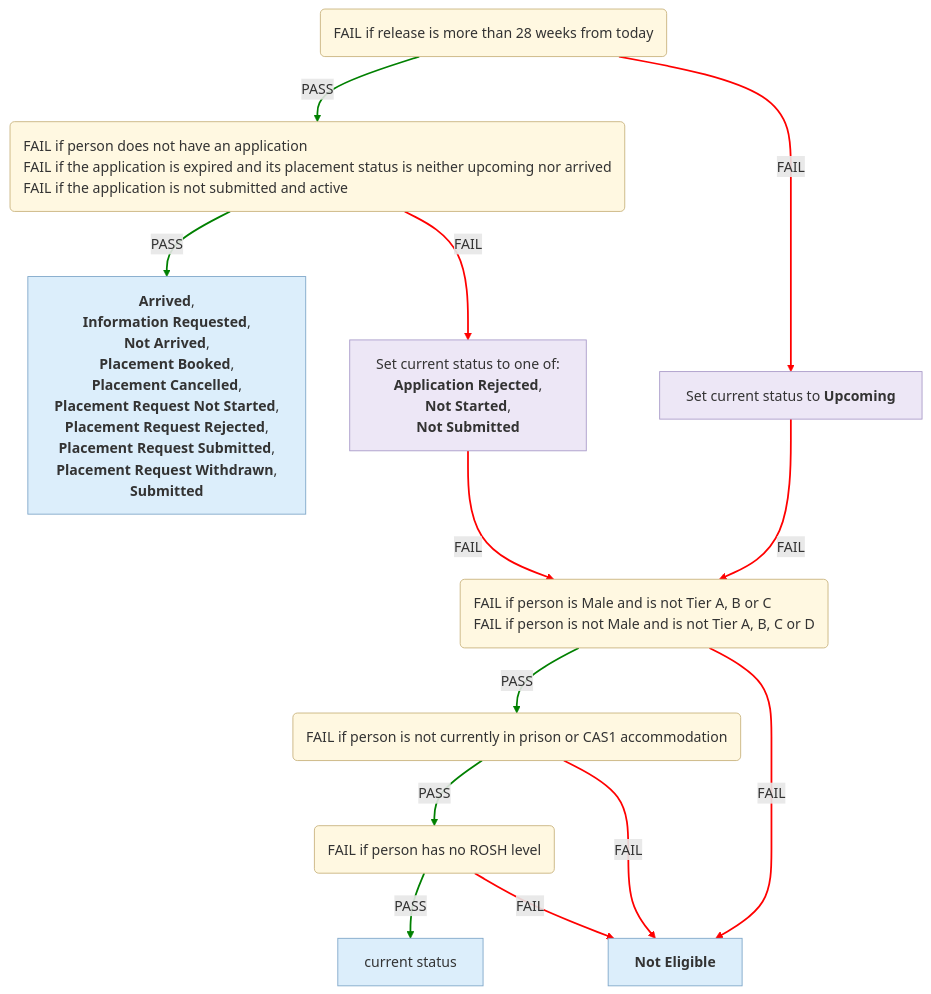
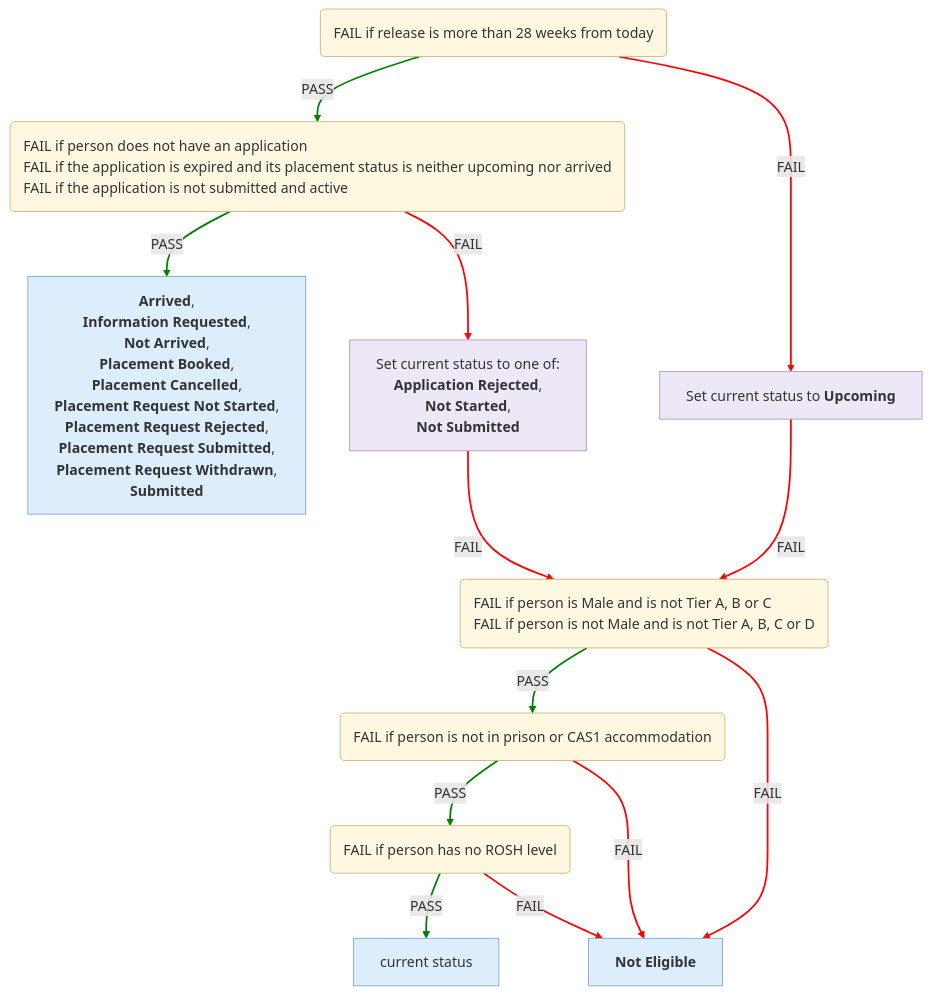
One commit to ministryofjustice/hmpps-single-accommodation-service-api changed the first of 6 diagrams in docs/eligibility-rules-graph.md. Above: the diagram before and after it, drawn with Mermaid. The commit also changed other lines of this file and 3 other files, not shown here.

````diff
--- a/docs/eligibility-rules-graph.md
+++ b/docs/eligibility-rules-graph.md
@@ -9,49 +9,49 @@
 ```mermaid
 %%{init: {"flowchart": {"wrappingWidth": 800}}}%%
 flowchart TD
   Upcoming("<div style='text-align:left'>FAIL if release is more than 28 weeks from today</div>")
   Suitability("<div style='text-align:left'>FAIL if person does not have an application
 FAIL if the application is expired and its placement status is neither upcoming nor arrived
 FAIL if the application is not submitted and active</div>")
   outcome_Cas1CompletionContextUpdater["<b>Arrived</b>,
  <b>Information Requested</b>,
  <b>Not Arrived</b>,
  <b>Placement Booked</b>,
  <b>Placement Cancelled</b>,
  <b>Placement Request Not Started</b>,
  <b>Placement Request Rejected</b>,
  <b>Placement Request Submitted</b>,
  <b>Placement Request Withdrawn</b>,
  <b>Submitted</b>"]
   updater_Cas1SuitabilityContextUpdater["Set current status to one of:
 <b>Application Rejected</b>,
  <b>Not Started</b>,
  <b>Not Submitted</b>"]
   Eligibility_Tier("<div style='text-align:left'>FAIL if person is Male and is not Tier A, B or C
 FAIL if person is not Male and is not Tier A, B, C or D</div>")
-  Eligibility_Current_Accommodation("<div style='text-align:left'>FAIL if person is not currently in prison or CAS1 accommodation</div>")
+  Eligibility_Current_Accommodation("<div style='text-align:left'>FAIL if person is not in prison or CAS1 accommodation</div>")
   Eligibility_Rosh("<div style='text-align:left'>FAIL if person has no ROSH level</div>")
   confirmed["current status"]
   CAS1_NOT_ELIGIBLE["<b>Not Eligible</b>"]
   updater_Cas1UpcomingContextUpdater["Set current status to <b>Upcoming</b>"]
   Suitability -->|PASS| outcome_Cas1CompletionContextUpdater
   Suitability -->|FAIL| updater_Cas1SuitabilityContextUpdater
   Eligibility_Rosh -->|PASS| confirmed
   Eligibility_Rosh -->|FAIL| CAS1_NOT_ELIGIBLE
   Eligibility_Current_Accommodation -->|PASS| Eligibility_Rosh
   Eligibility_Current_Accommodation -->|FAIL| CAS1_NOT_ELIGIBLE
   Eligibility_Tier -->|PASS| Eligibility_Current_Accommodation
   Eligibility_Tier -->|FAIL| CAS1_NOT_ELIGIBLE
   updater_Cas1SuitabilityContextUpdater -->|FAIL| Eligibility_Tier
   Upcoming -->|PASS| Suitability
   Upcoming -->|FAIL| updater_Cas1UpcomingContextUpdater
   updater_Cas1UpcomingContextUpdater -->|FAIL| Eligibility_Tier
   linkStyle 0,2,4,6,9 stroke:green,stroke-width:2px
   linkStyle 1,3,5,7,8,10,11 stroke:red,stroke-width:2px
   classDef ruleSetNode fill:#FFF8E1,stroke:#C9B37E,color:#333
   classDef outcomeNode fill:#DCEEFB,stroke:#7FA7C9,color:#333
   classDef updaterNode fill:#EDE7F6,stroke:#A99BC9,color:#333
   class Upcoming,Suitability,Eligibility_Tier,Eligibility_Current_Accommodation,Eligibility_Rosh ruleSetNode
   class outcome_Cas1CompletionContextUpdater,confirmed,CAS1_NOT_ELIGIBLE outcomeNode
   class updater_Cas1SuitabilityContextUpdater,updater_Cas1UpcomingContextUpdater updaterNode
 ```
````
